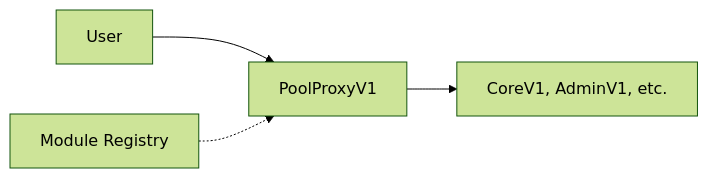
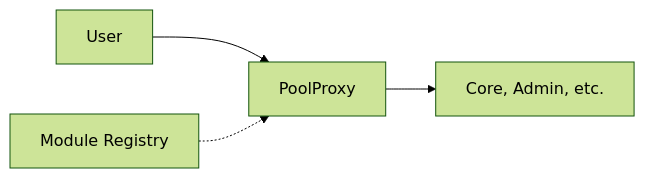
The first of 3 diagrams in dex/6. Contributing/DOCUMENTATION.md (btr-protocol/docs), drawn with Mermaid (forest theme) before and after one commit. The commit also changed other lines of this file and 20 other files, not shown here.

First line of the commit message:
docs: align dex/ to Phase 42H singleton architecture + ADR-002

````diff
--- a/dex/6. Contributing/DOCUMENTATION.md
+++ b/dex/6. Contributing/DOCUMENTATION.md
@@ -251,6 +252,6 @@
 ```mermaid
 graph LR
-    User --> Proxy[PoolProxyV1]
-    Proxy --> Module[CoreV1, AdminV1, etc.]
+    User --> Proxy[PoolProxy]
+    Proxy --> Module[Core, Admin, etc.]
     Registry[Module Registry] -.-> Proxy
 ```
````
